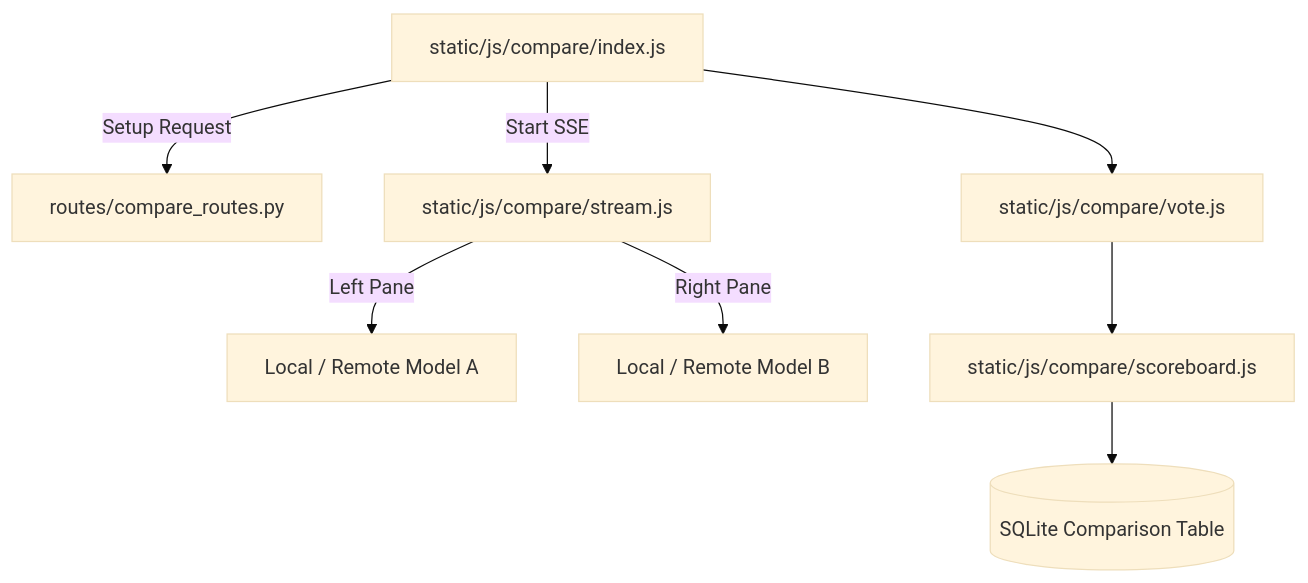
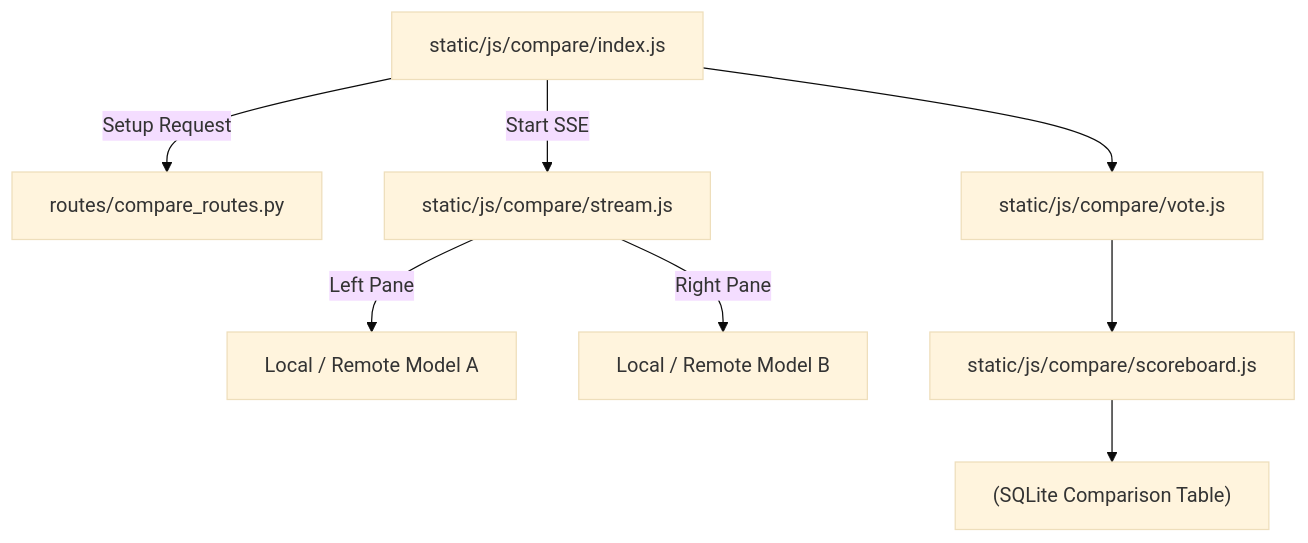
The fourth of 27 diagrams in docs/ARCHITECTURE.md (odysseus-dev/odysseus), drawn with Mermaid (base theme) before and after one commit. The commit also changed other lines of this file and 1 other file, not shown here.

First line of the commit message:
docs: perfect architecture document file references, formatting, and diagrams

````diff
--- a/docs/ARCHITECTURE.md
+++ b/docs/ARCHITECTURE.md
@@ -1398,10 +1412,10 @@
 ```mermaid
 graph TD
-    UI[static/js/compare/index.js] --> |Setup Request| API[routes/compare_routes.py]
-    UI --> |Start SSE| Streams[static/js/compare/stream.js]
-    Streams --> |Left Pane| ModelA[Local / Remote Model A]
-    Streams --> |Right Pane| ModelB[Local / Remote Model B]
-    UI --> Vote[static/js/compare/vote.js]
-    Vote --> Scoreboard[static/js/compare/scoreboard.js]
-    Scoreboard --> DB[(SQLite Comparison Table)]
+    UI["static/js/compare/index.js"] --> |Setup Request| API["routes/compare_routes.py"]
+    UI --> |Start SSE| Streams["static/js/compare/stream.js"]
+    Streams --> |Left Pane| ModelA["Local / Remote Model A"]
+    Streams --> |Right Pane| ModelB["Local / Remote Model B"]
+    UI --> Vote["static/js/compare/vote.js"]
+    Vote --> Scoreboard["static/js/compare/scoreboard.js"]
+    Scoreboard --> DB["(SQLite Comparison Table)"]
 ```
````
